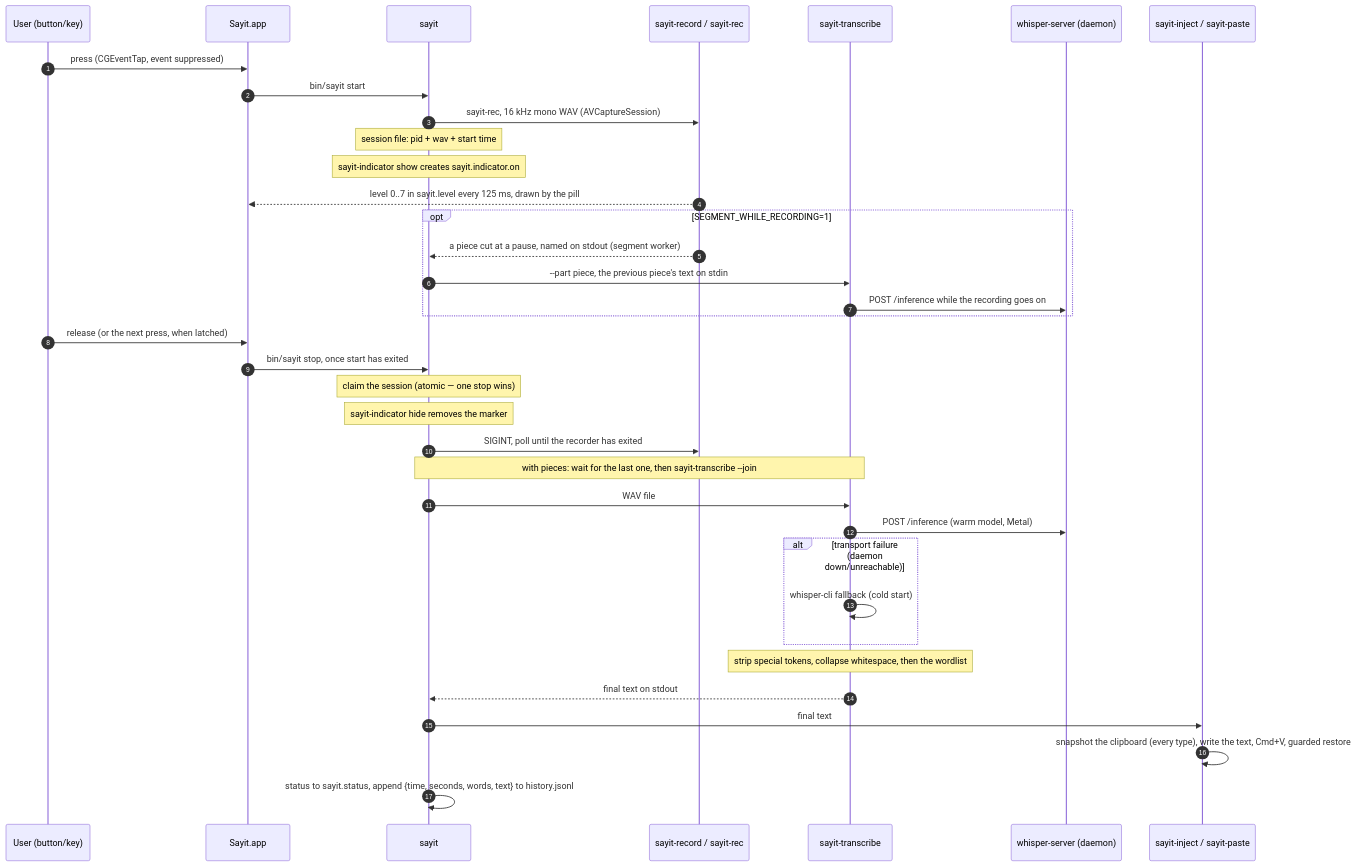
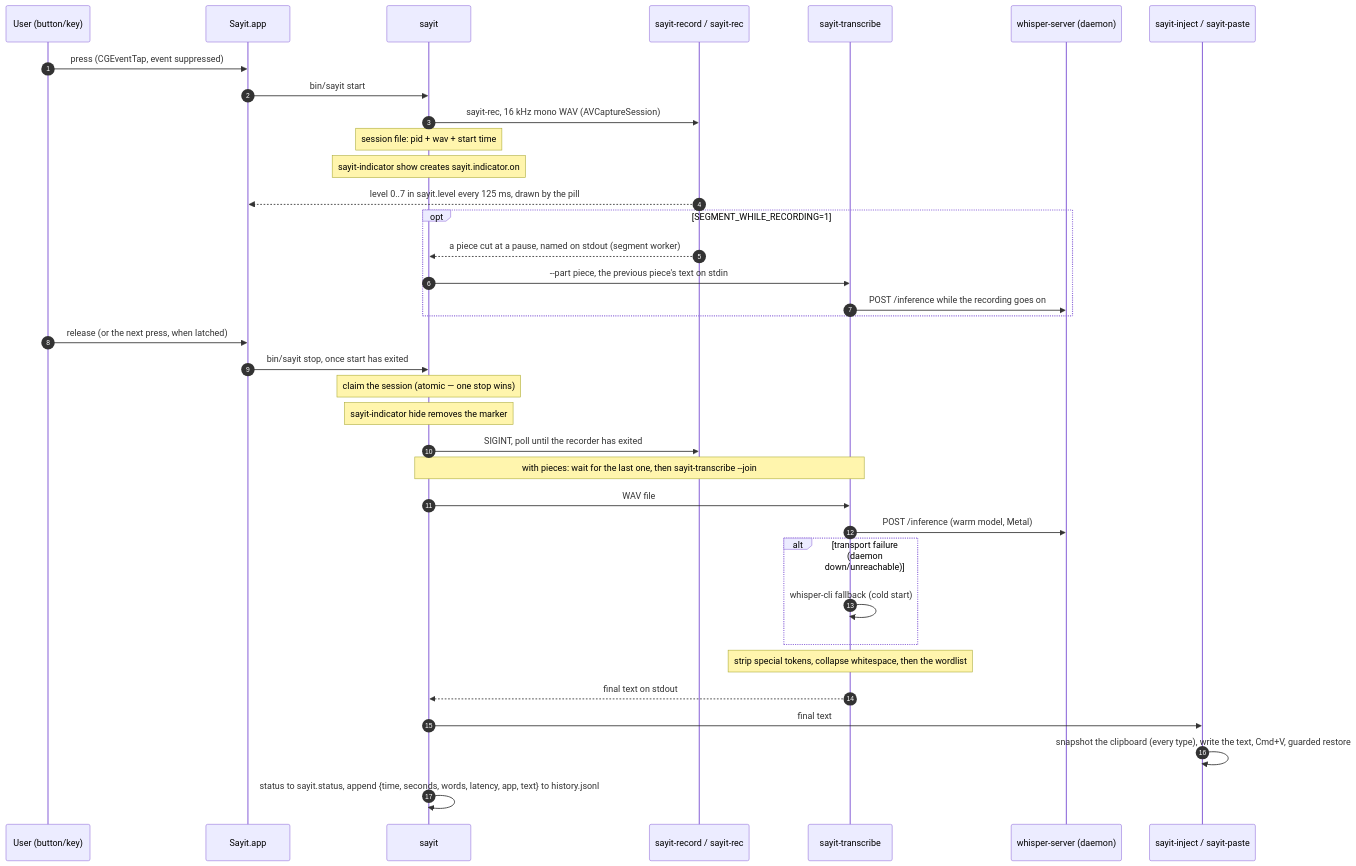
Before and after one commit to MrTorriz/sayit: the fourth of 4 diagrams in docs/ARCHITECTURE.md, drawn with Mermaid. The commit also changed other lines of this file and 44 other files, not shown here.

````diff
--- a/docs/ARCHITECTURE.md
+++ b/docs/ARCHITECTURE.md
@@ -278,39 +278,39 @@
 ```mermaid
 sequenceDiagram
     autonumber
     participant U as User (button/key)
     participant A as Sayit.app
     participant S as sayit
     participant R as sayit-record / sayit-rec
     participant T as sayit-transcribe
     participant D as whisper-server (daemon)
     participant I as sayit-inject / sayit-paste
 
     U->>A: press (CGEventTap, event suppressed)
     A->>S: bin/sayit start
     S->>R: sayit-rec, 16 kHz mono WAV (AVCaptureSession)
     Note over S: session file: pid + wav + start time
     Note over S: sayit-indicator show creates sayit.indicator.on
     R-->>A: level 0..7 in sayit.level every 125 ms, drawn by the pill
     opt SEGMENT_WHILE_RECORDING=1
         R-->>S: a piece cut at a pause, named on stdout (segment worker)
         S->>T: --part piece, the previous piece's text on stdin
         T->>D: POST /inference while the recording goes on
     end
     U->>A: release (or the next press, when latched)
     A->>S: bin/sayit stop, once start has exited
     Note over S: claim the session (atomic — one stop wins)
     Note over S: sayit-indicator hide removes the marker
     S->>R: SIGINT, poll until the recorder has exited
     Note over S,T: with pieces: wait for the last one, then sayit-transcribe --join
     S->>T: WAV file
     T->>D: POST /inference (warm model, Metal)
     alt transport failure (daemon down/unreachable)
         T->>T: whisper-cli fallback (cold start)
     end
     Note over T: strip special tokens, collapse whitespace, then the wordlist
     T-->>S: final text on stdout
     S->>I: final text
     I->>I: snapshot the clipboard (every type), write the text, Cmd+V, guarded restore
-    S->>S: status to sayit.status, append {time, seconds, words, text} to history.jsonl
+    S->>S: status to sayit.status, append {time, seconds, words, latency, app, text} to history.jsonl
 ```
````
